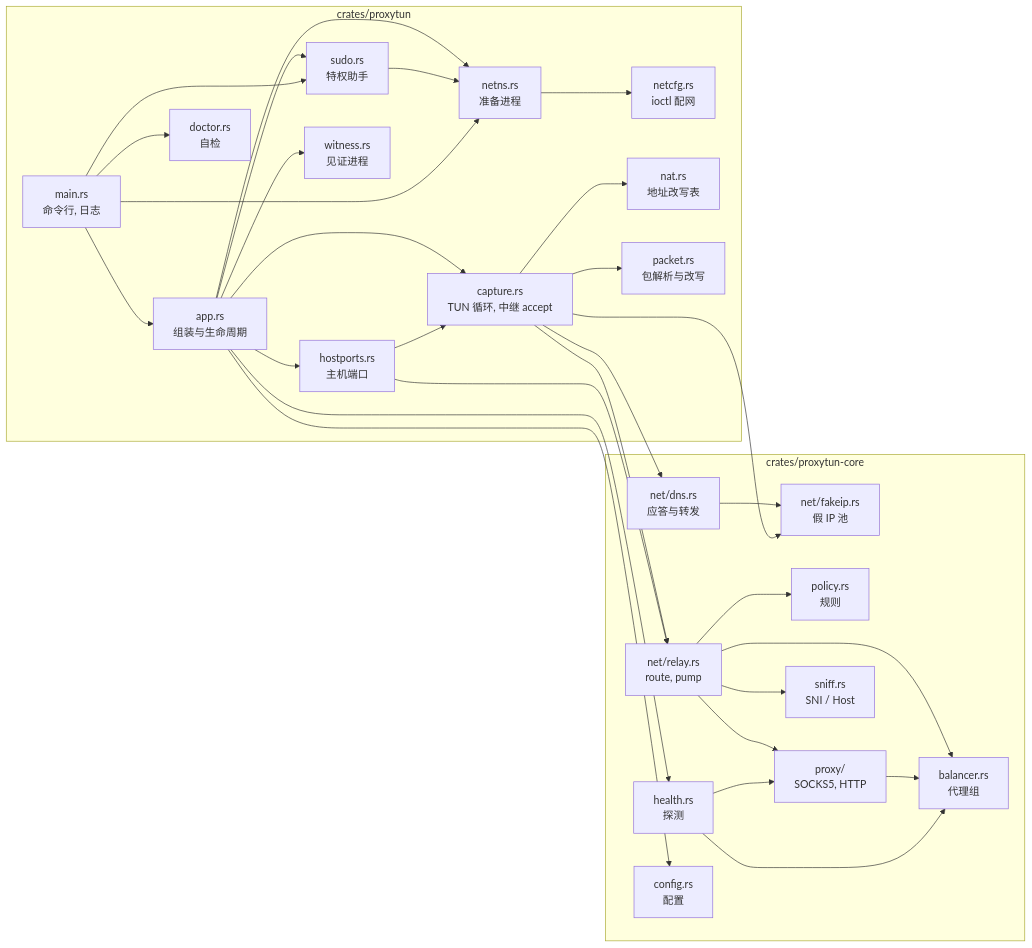
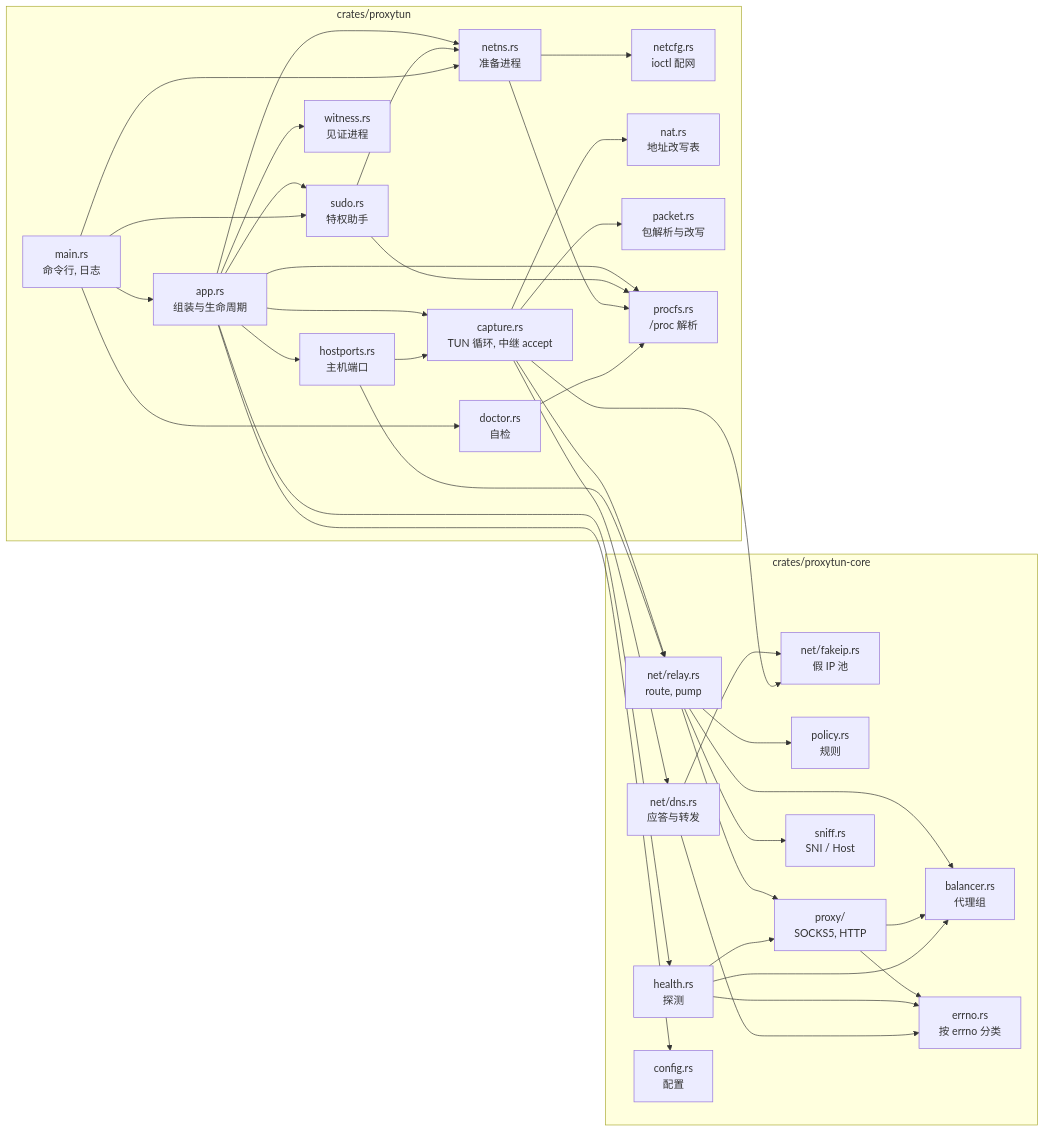
One commit to moonshawdo/proxytun changed the diagram in docs/architecture/modules.md. Above: the diagram before and after it, drawn with Mermaid. The commit also changed other lines of this file and 18 other files, not shown here.

````diff
--- a/docs/architecture/modules.md
+++ b/docs/architecture/modules.md
@@ -14,44 +14,52 @@
 ```mermaid
 flowchart LR
     subgraph BIN["crates/proxytun"]
         MAIN["main.rs<br/>命令行, 日志"] --> APP["app.rs<br/>组装与生命周期"]
         APP --> NETNS["netns.rs<br/>准备进程"]
         APP --> SUDO["sudo.rs<br/>特权助手"]
         APP --> CAP["capture.rs<br/>TUN 循环, 中继 accept"]
         APP --> HP["hostports.rs<br/>主机端口"]
         APP --> WIT["witness.rs<br/>见证进程"]
         MAIN --> DOC["doctor.rs<br/>自检"]
         NETNS --> NETCFG["netcfg.rs<br/>ioctl 配网"]
         SUDO --> NETNS
         CAP --> NAT["nat.rs<br/>地址改写表"]
         CAP --> PKT["packet.rs<br/>包解析与改写"]
+        APP --> PFS["procfs.rs<br/>/proc 解析"]
+        SUDO --> PFS
+        NETNS --> PFS
+        DOC --> PFS
     end
     subgraph CORE["crates/proxytun-core"]
         RELAY["net/relay.rs<br/>route, pump"]
         DNS["net/dns.rs<br/>应答与转发"]
         FAKE["net/fakeip.rs<br/>假 IP 池"]
         POL["policy.rs<br/>规则"]
         BAL["balancer.rs<br/>代理组"]
         PRX["proxy/<br/>SOCKS5, HTTP"]
         HEA["health.rs<br/>探测"]
         SNF["sniff.rs<br/>SNI / Host"]
         CFG["config.rs<br/>配置"]
+        ERR["errno.rs<br/>按 errno 分类"]
     end
     CAP --> RELAY
     CAP --> DNS
     HP --> RELAY
     DNS --> FAKE
     RELAY --> POL
     RELAY --> BAL
     RELAY --> PRX
     RELAY --> SNF
     PRX --> BAL
     HEA --> BAL
     HEA --> PRX
+    PRX --> ERR
+    HEA --> ERR
+    DNS --> ERR
     CAP --> FAKE
     HP --> CAP
     MAIN --> NETNS
     MAIN --> SUDO
     APP --> CFG
     APP --> HEA
 ```
````
